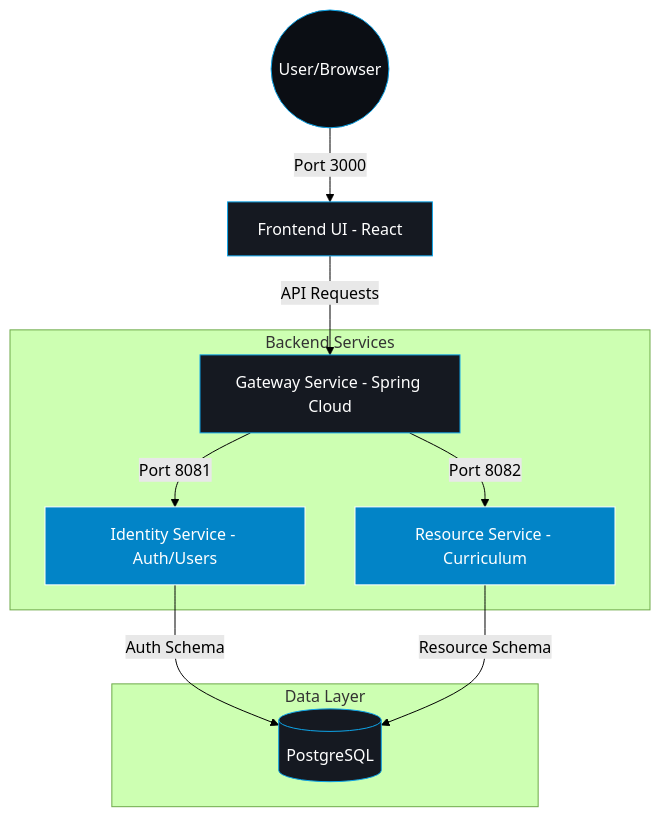
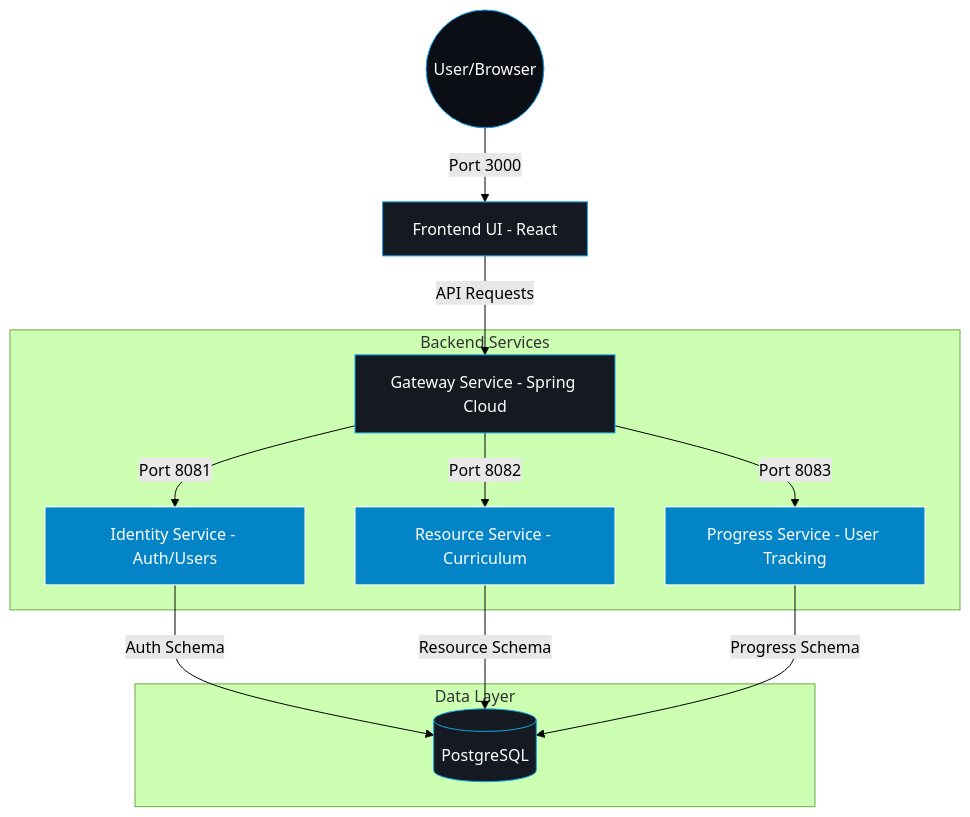
Before and after one commit to pvss2A3/LuminaPath: the diagram in README.md, drawn with Mermaid (forest theme). The commit also changed other lines of this file and 5 other files, not shown here.

````diff
--- a/README.md
+++ b/README.md
@@ -11,23 +11,26 @@
 ```mermaid
 graph TD
     User((User/Browser)) -->|Port 3000| FE[Frontend UI - React]
     FE -->|API Requests| GW[Gateway Service - Spring Cloud]
     
     subgraph "Backend Services"
         GW -->|Port 8081| IS[Identity Service - Auth/Users]
         GW -->|Port 8082| RS[Resource Service - Curriculum]
+        GW -->|Port 8083| PS[Progress Service - User Tracking]
     end
     
     subgraph "Data Layer"
         IS -->|Auth Schema| DB[(PostgreSQL)]
         RS -->|Resource Schema| DB
+        PS -->|Progress Schema| DB
     end
 
     style User fill:#0B0E14,stroke:#0EA5E9,color:#fff
     style FE fill:#151921,stroke:#0EA5E9,color:#fff
     style GW fill:#151921,stroke:#0EA5E9,color:#fff
     style DB fill:#151921,stroke:#0EA5E9,color:#fff
     style IS fill:#0284C7,stroke:#fff,color:#fff
     style RS fill:#0284C7,stroke:#fff,color:#fff
+    style PS fill:#0284C7,stroke:#fff,color:#fff
     
 ```
````
